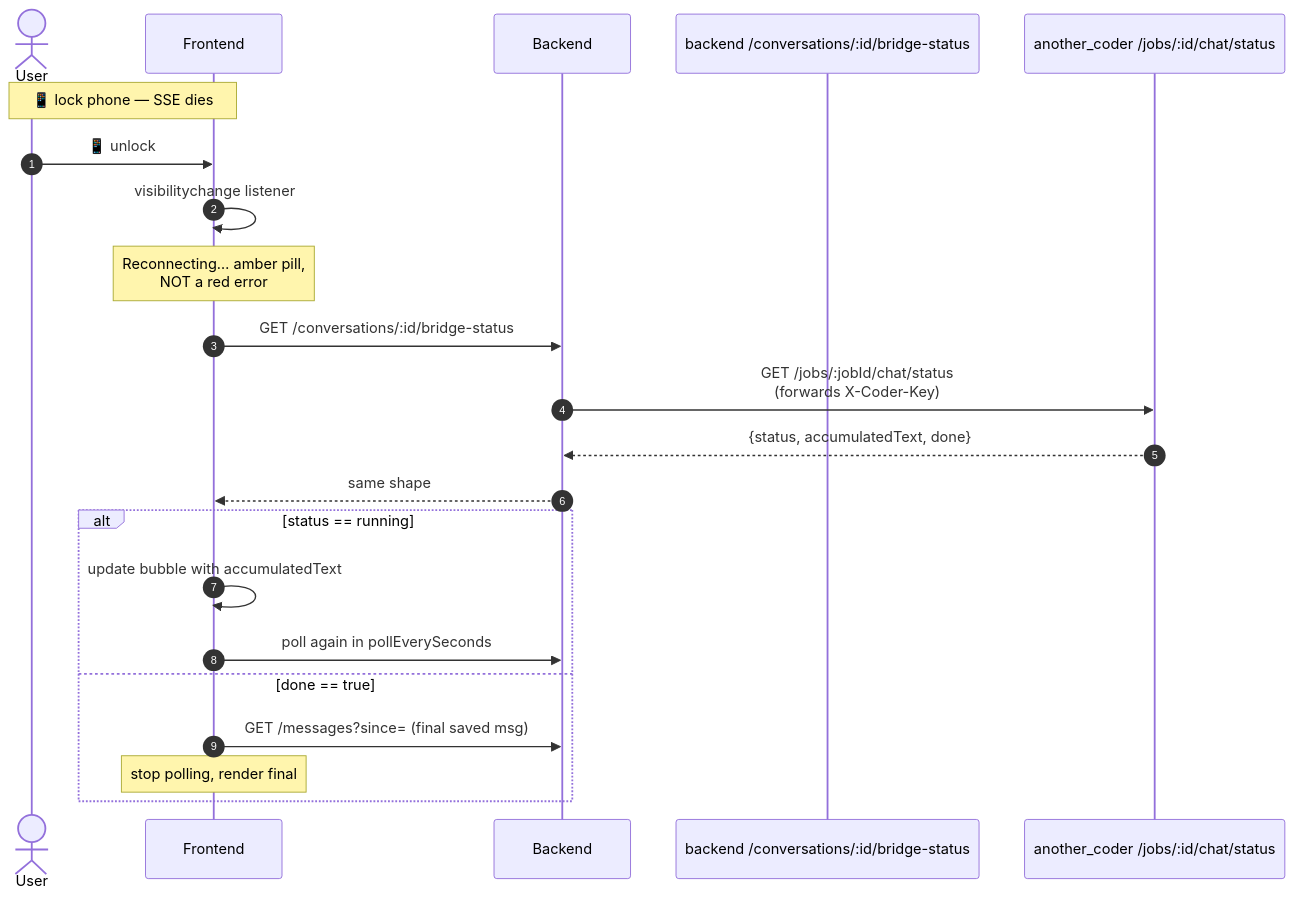
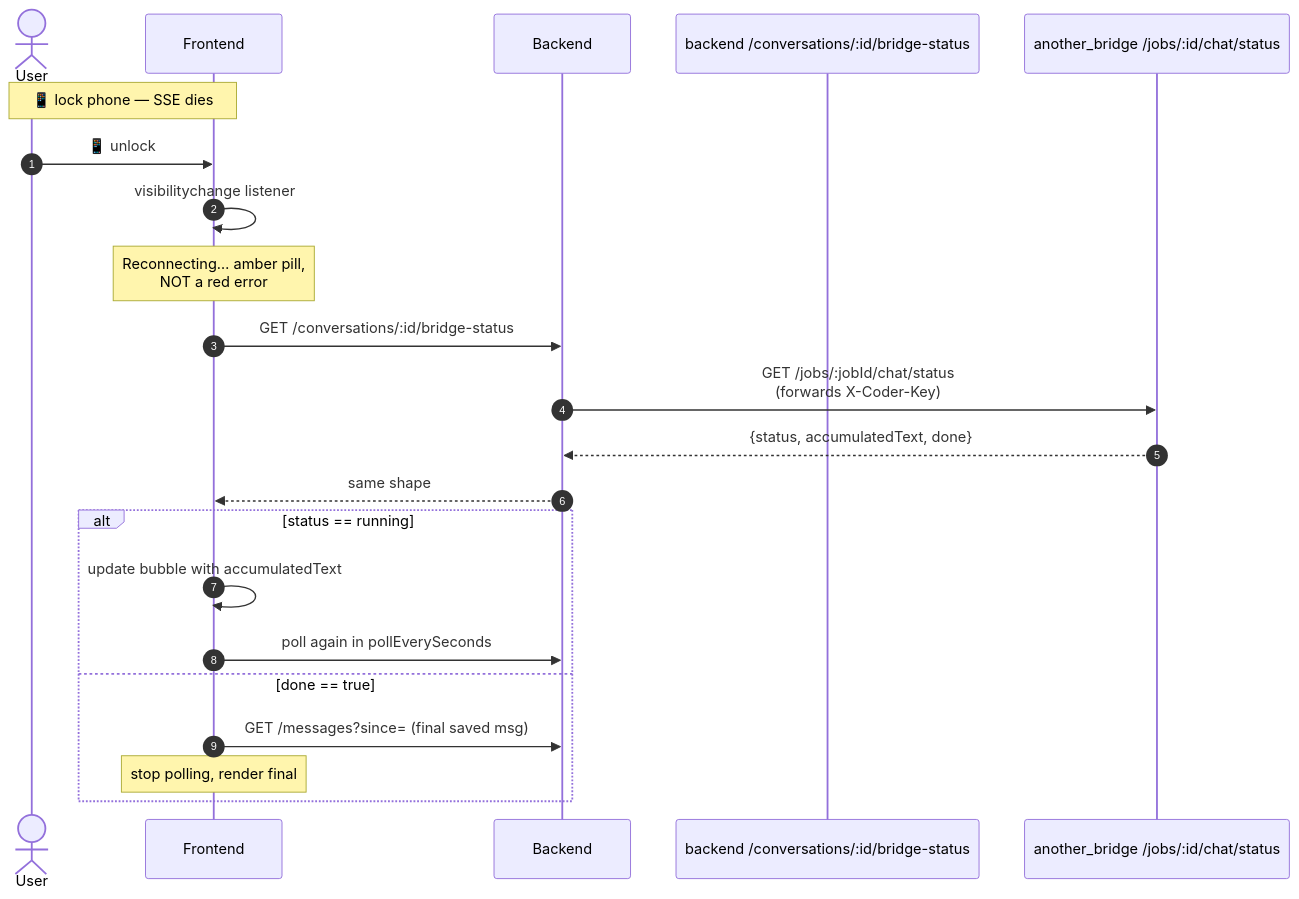
The third of 7 diagrams in docs/ARCHITECTURE.md (kenruizinoue/another_bridge), drawn with Mermaid before and after one commit. The commit also changed other lines of this file and 13 other files, not shown here.

First line of the commit message:
Rename project another_coder -> another_bridge

````diff
--- a/docs/ARCHITECTURE.md
+++ b/docs/ARCHITECTURE.md
@@ -132,25 +132,25 @@
 ```mermaid
 sequenceDiagram
     autonumber
     actor User
     participant Frontend
     participant Backend
     participant BridgeStatus as backend /conversations/:id/bridge-status
-    participant Coder as another_coder /jobs/:id/chat/status
+    participant Coder as another_bridge /jobs/:id/chat/status
 
     Note over User,Frontend: 📱 lock phone — SSE dies
     User->>Frontend: 📱 unlock
     Frontend->>Frontend: visibilitychange listener
     Note over Frontend: Reconnecting… amber pill,<br/>NOT a red error
     Frontend->>Backend: GET /conversations/:id/bridge-status
     Backend->>Coder: GET /jobs/:jobId/chat/status<br/>(forwards X-Coder-Key)
     Coder-->>Backend: {status, accumulatedText, done}
     Backend-->>Frontend: same shape
     alt status == running
         Frontend->>Frontend: update bubble with accumulatedText
         Frontend->>Backend: poll again in pollEverySeconds
     else done == true
         Frontend->>Backend: GET /messages?since= (final saved msg)
         Note over Frontend: stop polling, render final
     end
 ```
````
